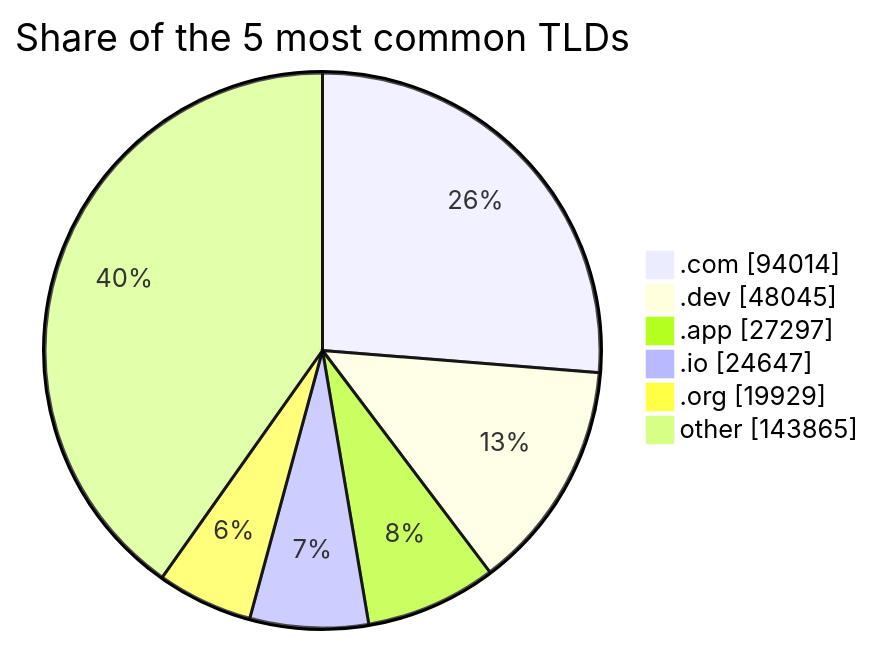
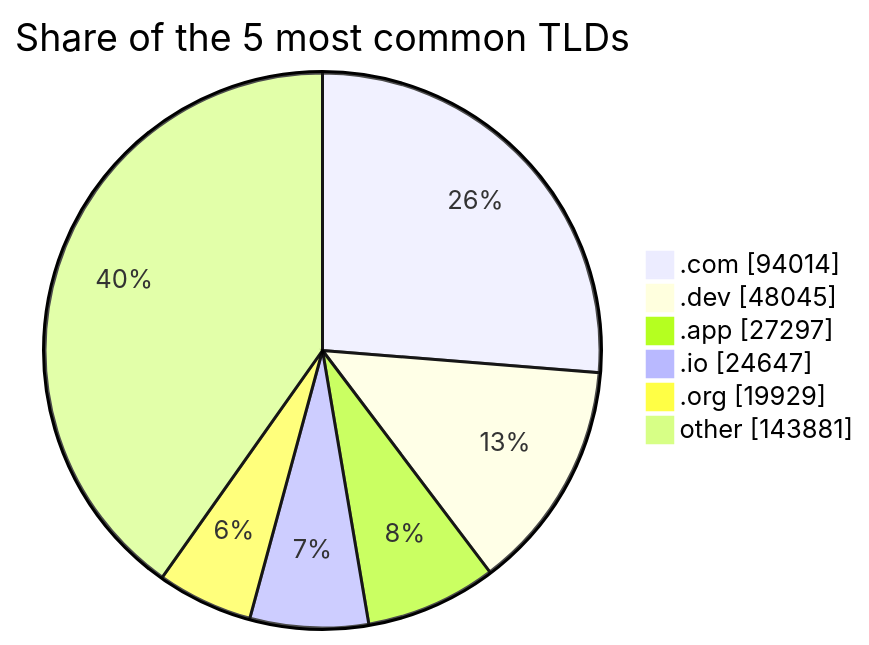
The third of 3 diagrams in README.md (DNSBunker/CTI), drawn with Mermaid before and after one commit. The commit also changed other lines of this file and 3 other files, not shown here.

````diff
--- a/README.md
+++ b/README.md
@@ -81,9 +81,9 @@
 ```mermaid
 pie showData title Share of the 5 most common TLDs
     ".com" : 94014
     ".dev" : 48045
     ".app" : 27297
     ".io" : 24647
     ".org" : 19929
-    "other" : 143865
+    "other" : 143881
 ```
````
